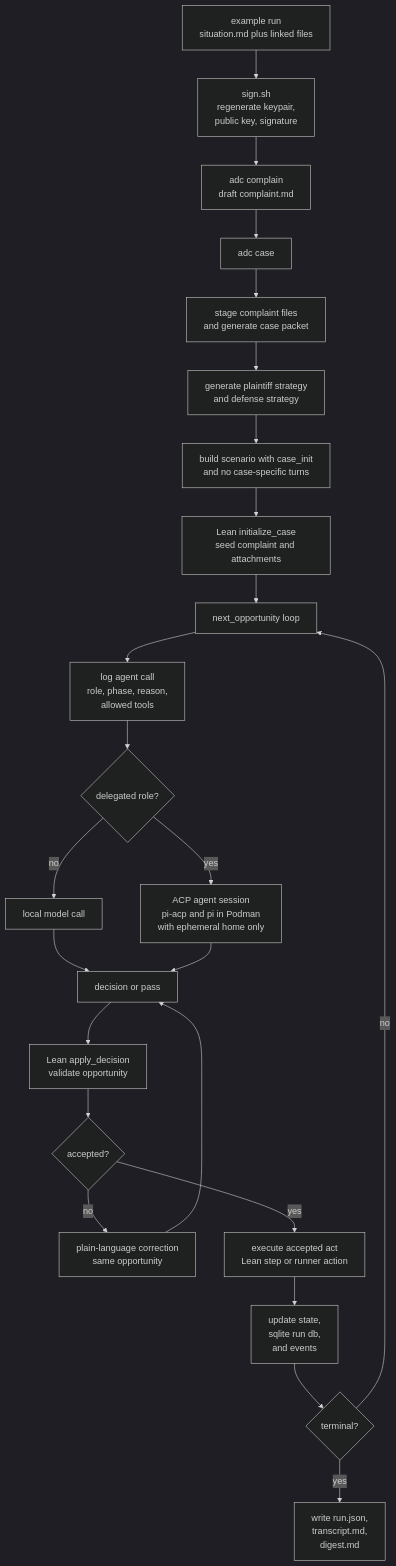
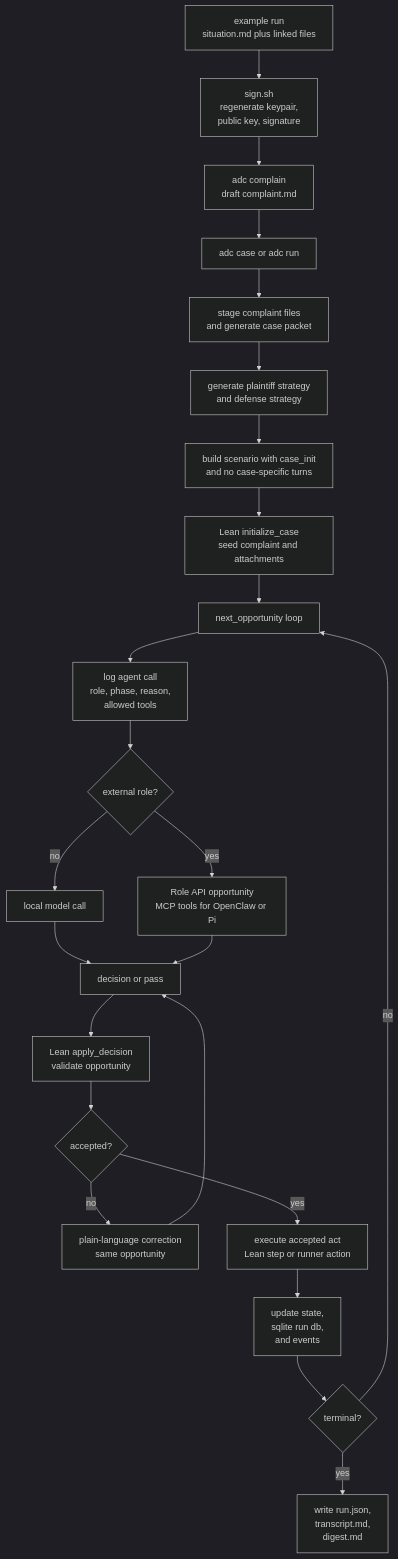
One commit to agentcourt/adjudication changed the diagram in adc/analysis/demo-lifecycle.mmd. Above: the diagram before and after it, drawn with Mermaid (dark theme). The commit also changed 69 other files, not shown here.

Commit message:
Add ADC service and local agent run

```diff
--- a/adc/analysis/demo-lifecycle.mmd
+++ b/adc/analysis/demo-lifecycle.mmd
@@ -1,25 +1,25 @@
 flowchart TD
     A[example run\nsituation.md plus linked files] --> B[sign.sh\nregenerate keypair,\npublic key, signature]
     B --> C[adc complain\ndraft complaint.md]
-    C --> D[adc case]
+    C --> D[adc case or adc run]
 
     D --> E[stage complaint files\nand generate case packet]
     E --> F[generate plaintiff strategy\nand defense strategy]
     F --> G[build scenario with case_init\nand no case-specific turns]
     G --> H[Lean initialize_case\nseed complaint and attachments]
     H --> I[next_opportunity loop]
     I --> J[log agent call\nrole, phase, reason,\nallowed tools]
-    J --> K{delegated role?}
+    J --> K{external role?}
     K -- no --> L[local model call]
-    K -- yes --> M[ACP agent session\npi-acp and pi in Podman\nwith ephemeral home only]
+    K -- yes --> M[Role API opportunity\nMCP tools for OpenClaw or Pi]
     L --> N[decision or pass]
     M --> N
     N --> O[Lean apply_decision\nvalidate opportunity]
     O --> P{accepted?}
     P -- no --> Q[plain-language correction\nsame opportunity]
     Q --> N
     P -- yes --> R[execute accepted act\nLean step or runner action]
     R --> S[update state,\nsqlite run db,\nand events]
     S --> T{terminal?}
     T -- no --> I
     T -- yes --> U[write run.json,\ntranscript.md,\ndigest.md]
```
